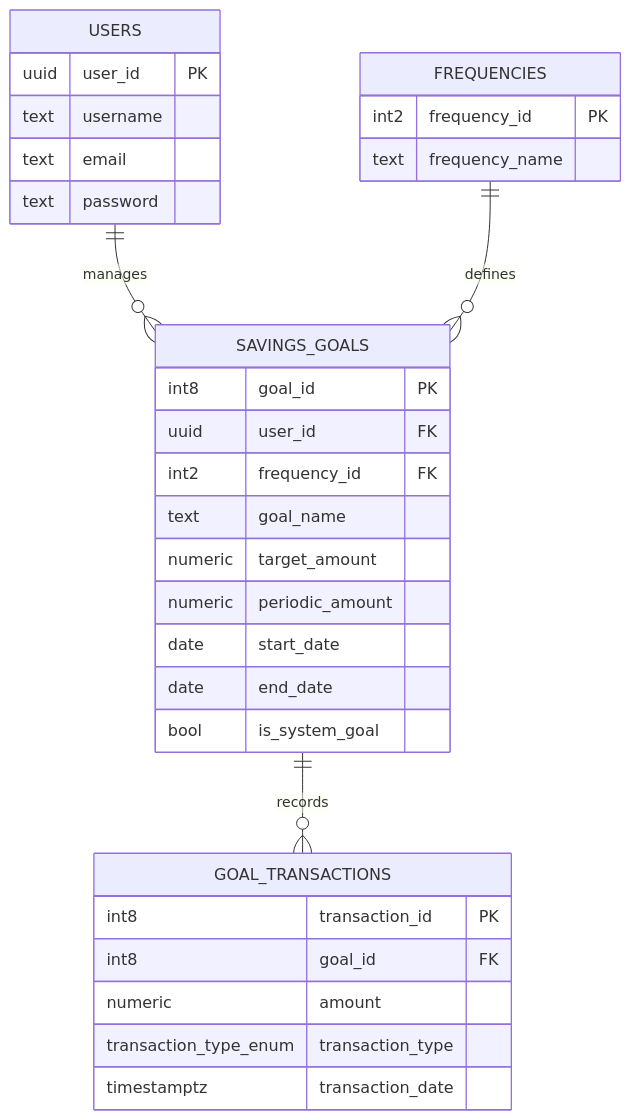
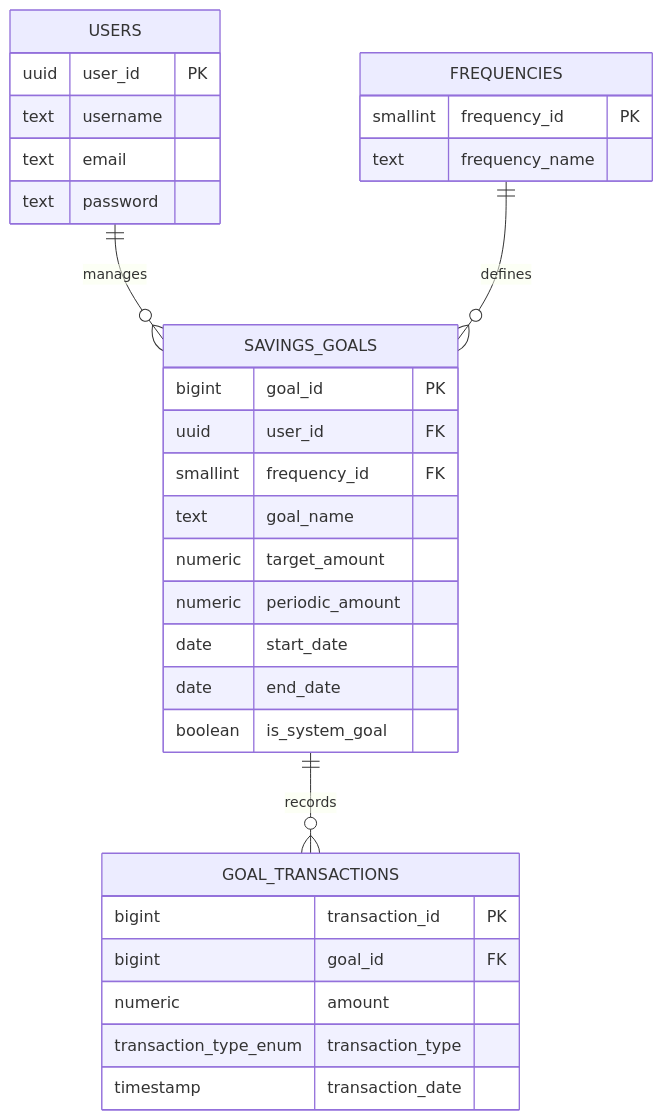
Before and after one commit to HernandezRosasSergio0309/savings-app-pro: the diagram in docs/erd_diagram.md, drawn with Mermaid.

Commit message:
Update data types in ERD diagram

```diff
--- a/docs/erd_diagram.md
+++ b/docs/erd_diagram.md
@@ -1,38 +1,38 @@
 ~~~mermaid
 erDiagram
     USERS ||--o{ SAVINGS_GOALS : "manages"
     FREQUENCIES ||--o{ SAVINGS_GOALS : "defines"
     SAVINGS_GOALS ||--o{ GOAL_TRANSACTIONS : "records"
 
     USERS {
         uuid user_id PK
         text username
         text email
         text password
     }
 
     FREQUENCIES {
-        int2 frequency_id PK
+        smallint frequency_id PK
         text frequency_name
     }
 
     SAVINGS_GOALS {
-        int8 goal_id PK
+        bigint goal_id PK
         uuid user_id FK
-        int2 frequency_id FK
+        smallint frequency_id FK
         text goal_name
         numeric target_amount
         numeric periodic_amount
         date start_date
         date end_date
-        bool is_system_goal
+        boolean is_system_goal
     }
 
     GOAL_TRANSACTIONS {
-        int8 transaction_id PK
-        int8 goal_id FK
+        bigint transaction_id PK
+        bigint goal_id FK
         numeric amount
         transaction_type_enum transaction_type
-        timestamptz transaction_date
+        timestamp transaction_date
     }
 ~~~
```
